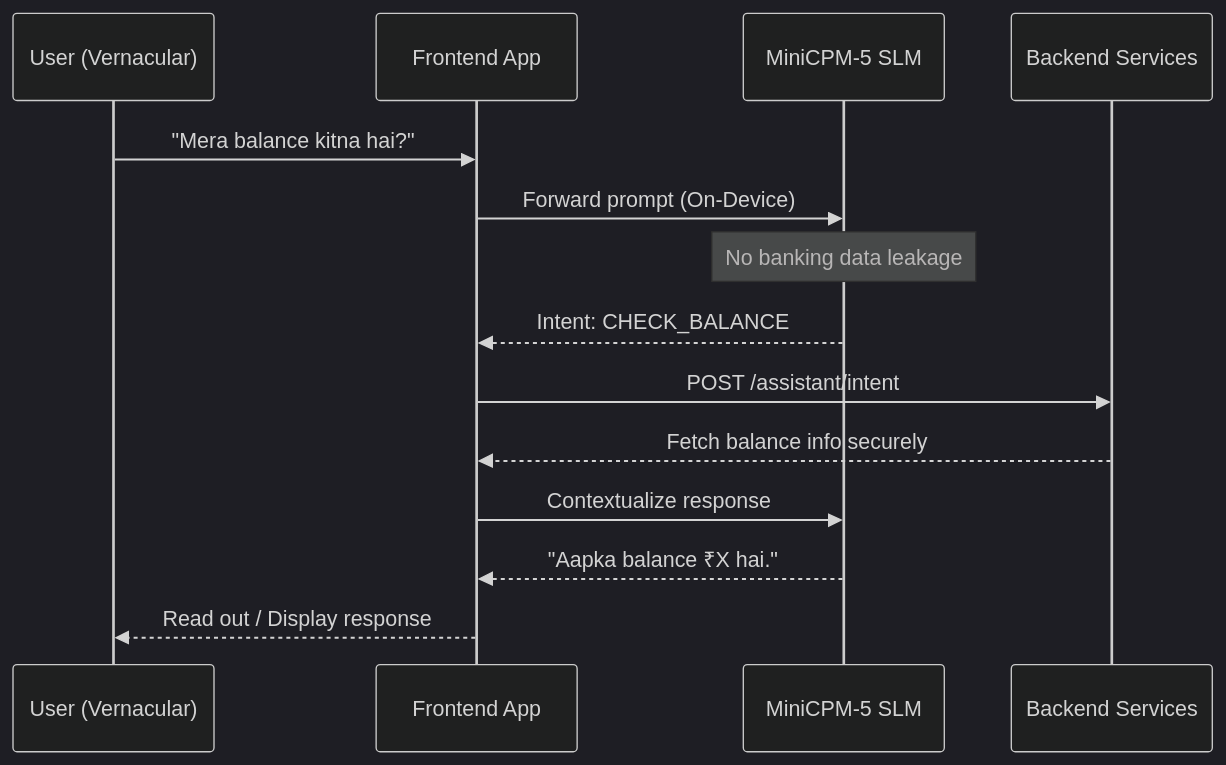
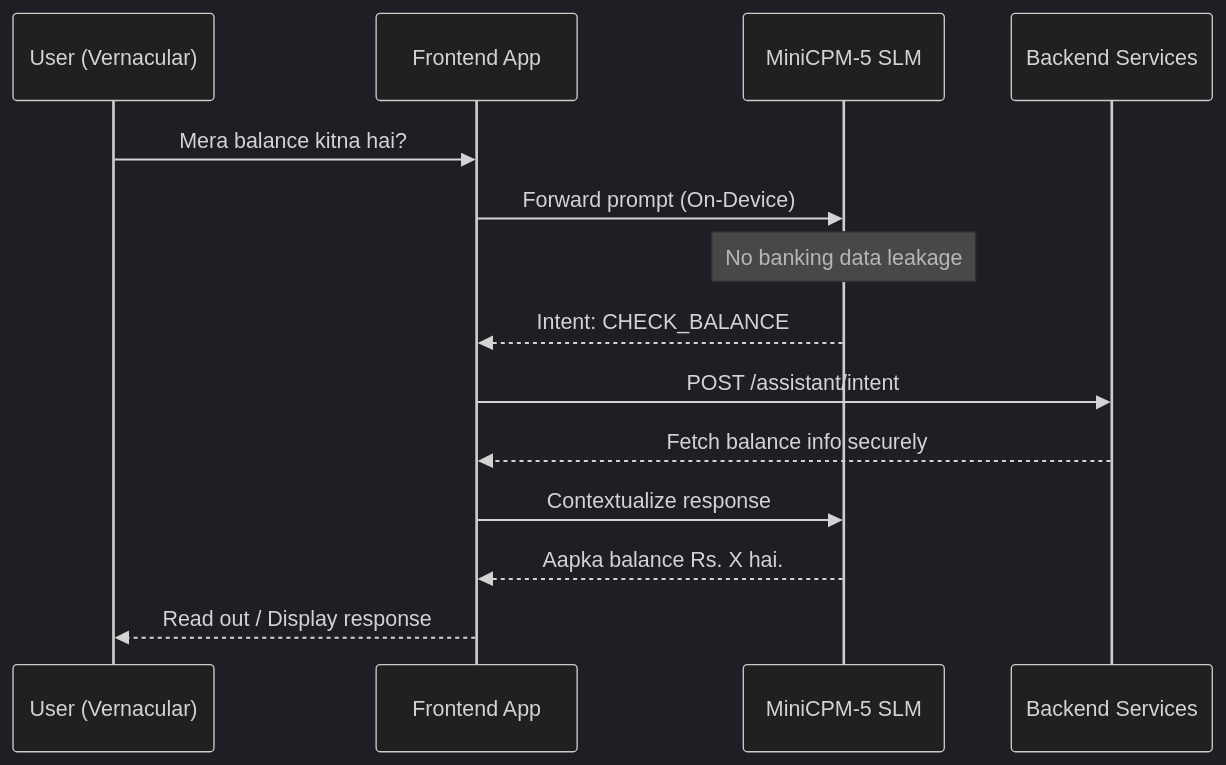
The third of 6 diagrams in docs/features/overview.md (Neutron-0/ABC-Bank), drawn with Mermaid (dark theme) before and after one commit. The commit also changed other lines of this file and 33 other files, not shown here.

````diff
--- a/docs/features/overview.md
+++ b/docs/features/overview.md
@@ -72,17 +72,17 @@
 ```mermaid
 sequenceDiagram
     participant U as User (Vernacular)
     participant F as Frontend App
     participant SLM as MiniCPM-5 SLM
     participant B as Backend Services
     
-    U->>F: "Mera balance kitna hai?"
+    U->>F: Mera balance kitna hai?
     F->>SLM: Forward prompt (On-Device)
     Note over SLM: No banking data leakage
     SLM-->>F: Intent: CHECK_BALANCE
     F->>B: POST /assistant/intent
     B-->>F: Fetch balance info securely
     F->>SLM: Contextualize response
-    SLM-->>F: "Aapka balance ₹X hai."
+    SLM-->>F: Aapka balance Rs. X hai.
     F-->>U: Read out / Display response
 ```
````
